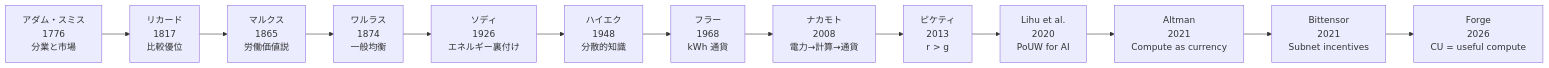
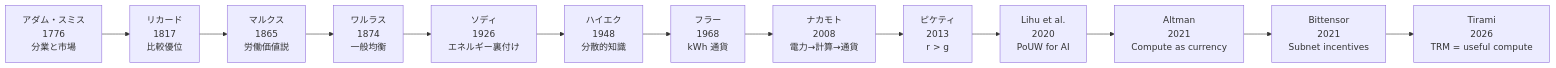
The diagram in docs/appendix-bibliography.md (clearclown/forge-economics), drawn with Mermaid before and after one commit. The commit also changed other lines of this file and 34 other files, not shown here.

First line of the commit message:
docs: Forge → Tirami, CU → TRM rename across all files

````diff
--- a/docs/appendix-bibliography.md
+++ b/docs/appendix-bibliography.md
@@ -26,19 +26,19 @@
 ```mermaid
 graph LR
     Smith["アダム・スミス<br/>1776<br/>分業と市場"]
     Ricardo["リカード<br/>1817<br/>比較優位"]
     Marx["マルクス<br/>1865<br/>労働価値説"]
     Walras["ワルラス<br/>1874<br/>一般均衡"]
     Soddy["ソディ<br/>1926<br/>エネルギー裏付け"]
     Hayek["ハイエク<br/>1948<br/>分散的知識"]
     Fuller["フラー<br/>1968<br/>kWh 通貨"]
     Nakamoto["ナカモト<br/>2008<br/>電力→計算→通貨"]
     Piketty["ピケティ<br/>2013<br/>r > g"]
     Lihu["Lihu et al.<br/>2020<br/>PoUW for AI"]
     Altman["Altman<br/>2021<br/>Compute as currency"]
     Bittensor["Bittensor<br/>2021<br/>Subnet incentives"]
-    Forge["Forge<br/>2026<br/>CU = useful compute"]
+    Tirami["Tirami<br/>2026<br/>TRM = useful compute"]
 
     Smith --> Ricardo --> Marx --> Walras --> Soddy --> Hayek --> Fuller --> Nakamoto --> Piketty
-    Piketty --> Lihu --> Altman --> Bittensor --> Forge
+    Piketty --> Lihu --> Altman --> Bittensor --> Tirami
 ```
````
